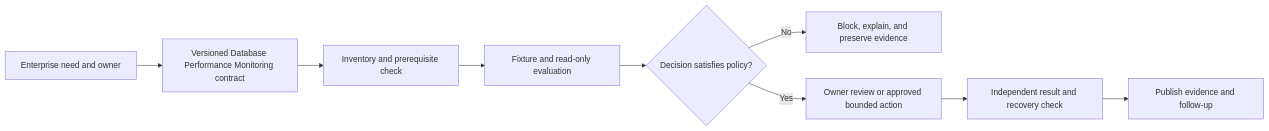
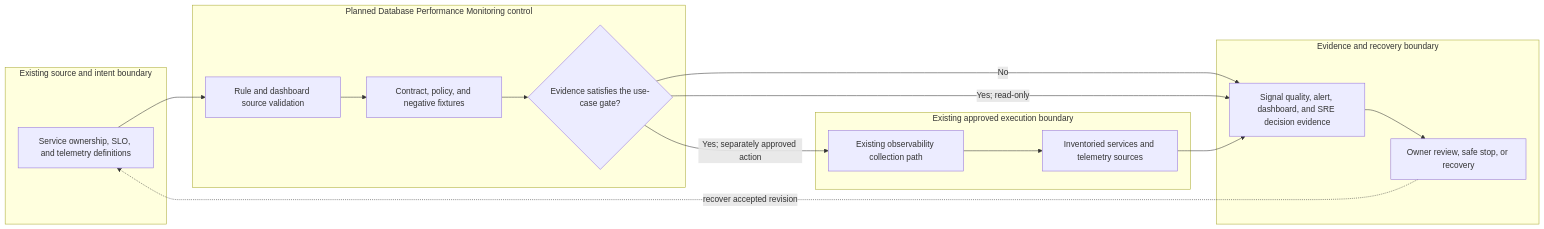
The diagram in docs/use-cases/observability/UC-OBS-010-database-performance-monitoring.md (MIDHTECH/enterprise-architecture-docs), drawn with Mermaid before and after one commit. The commit also changed other lines of this file and 227 other files, not shown here.

Commit message:
Deepen architecture for all use case designs

````diff
--- a/docs/use-cases/observability/UC-OBS-010-database-performance-monitoring.md
+++ b/docs/use-cases/observability/UC-OBS-010-database-performance-monitoring.md
@@ -136,11 +129,25 @@
 ```mermaid
 flowchart LR
-    Need["Enterprise need and owner"] --> Contract["Versioned Database Performance Monitoring contract"]
-    Contract --> Preflight["Inventory and prerequisite check"]
-    Preflight --> Evaluate["Fixture and read-only evaluation"]
-    Evaluate --> Decision{"Decision satisfies policy?"}
-    Decision -->|No| Stop["Block, explain, and preserve evidence"]
-    Decision -->|Yes| Review["Owner review or approved bounded action"]
-    Review --> Verify["Independent result and recovery check"]
-    Verify --> Publish["Publish evidence and follow-up"]
+    subgraph Source["Existing source and intent boundary"]
+        A["Service ownership, SLO, and telemetry definitions"]
+    end
+    subgraph Planned["Planned Database Performance Monitoring control"]
+        B["Rule and dashboard source validation"]
+        C["Contract, policy, and negative fixtures"]
+        D{"Evidence satisfies the use-case gate?"}
+    end
+    subgraph Runtime["Existing approved execution boundary"]
+        E["Existing observability collection path"]
+        F["Inventoried services and telemetry sources"]
+    end
+    subgraph Assurance["Evidence and recovery boundary"]
+        G["Signal quality, alert, dashboard, and SRE decision evidence"]
+        H["Owner review, safe stop, or recovery"]
+    end
+
+    A --> B --> C --> D
+    D -->|No| G --> H
+    D -->|Yes; read-only| G
+    D -->|Yes; separately approved action| E --> F --> G
+    H -. recover accepted revision .-> A
 ```
````
